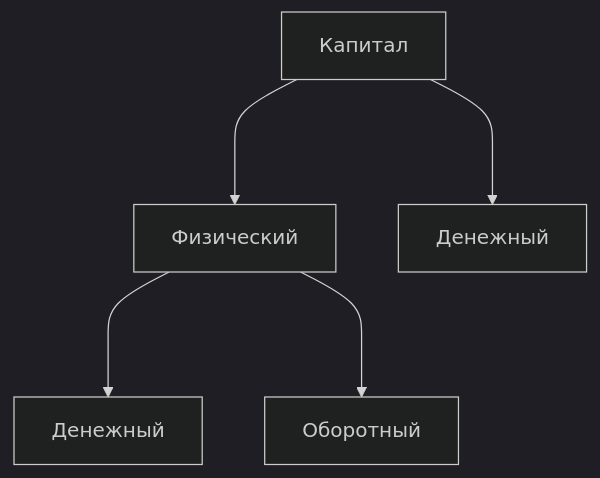
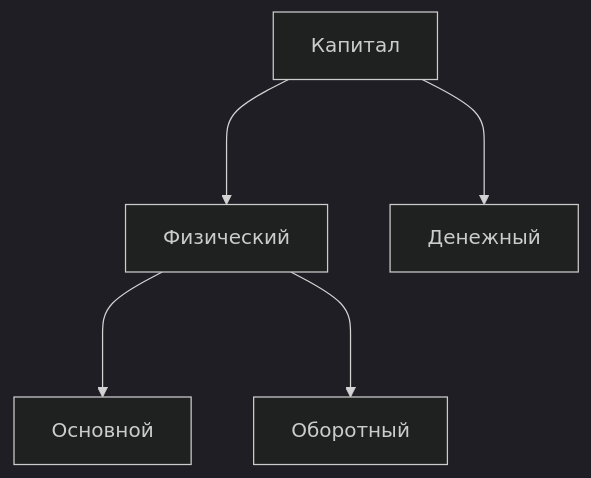
The second of 3 diagrams in Экономика и ОПД.md (MeidKoi/conspects), drawn with Mermaid (dark theme) before and after one commit. The commit also changed 2 other files, not shown here.

Commit message:
vault backup: 2025-09-12 21:13:09

````diff
--- a/Экономика и ОПД.md
+++ b/Экономика и ОПД.md
@@ -220,7 +220,7 @@
 ```mermaid
 graph TD;
 A[Капитал] ---> B[Физический]
 A[Капитал] ---> C[Денежный]
-B ---> B1[Денежный]
+B ---> B1[Основной]
 B ---> B2[Оборотный]
 ```
````
